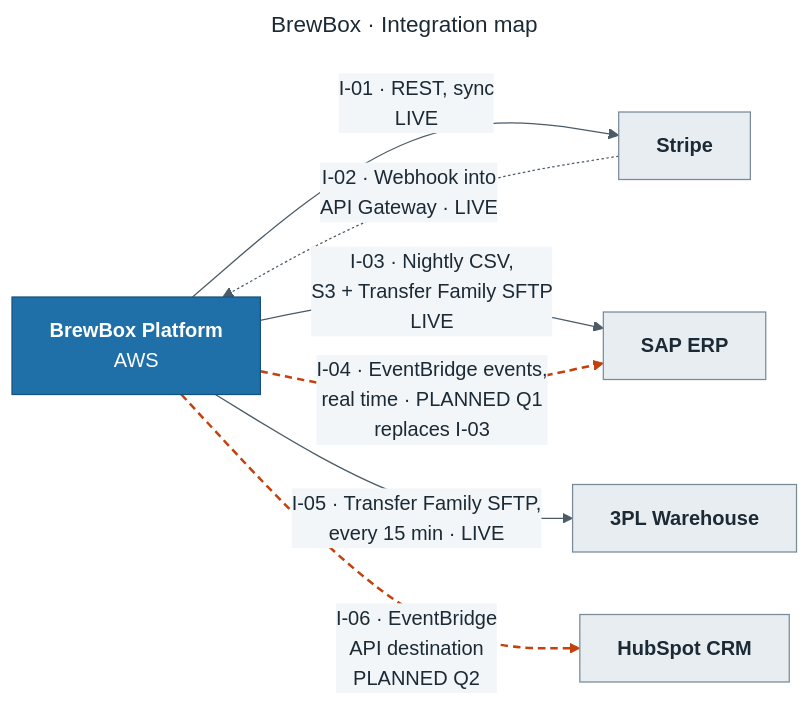
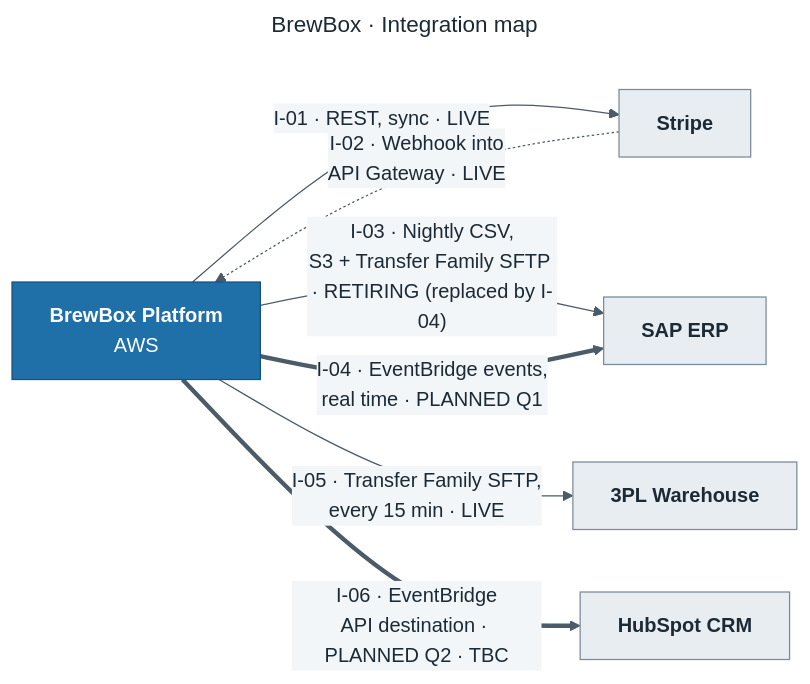
Before and after one commit to ihor-romanchuk/arch-diagram-kit: the diagram in examples/brewbox/diagrams/integration--brewbox.mmd, drawn with Mermaid. The commit also changed 23 other files, not shown here.

```diff
--- a/examples/brewbox/diagrams/integration--brewbox.mmd
+++ b/examples/brewbox/diagrams/integration--brewbox.mmd
@@ -1,41 +1,41 @@
 ---
 title: BrewBox · Integration map
 config:
   theme: base
   fontFamily: "Arial, Helvetica, sans-serif"
   themeVariables:
     fontFamily: "Arial, Helvetica, sans-serif"
     primaryColor: "#EAF2F9"
     primaryBorderColor: "#1F6FA8"
     primaryTextColor: "#1C2A35"
     lineColor: "#4B5B68"
     secondaryColor: "#F3F6F8"
     tertiaryColor: "#FFFFFF"
 ---
 %% id: INT-01
 %% type: integration-map
 %% audience: business+tech
 %% status: In review
 %% owner: Solutions architect
 %% approved-by: 
 %% last-verified: 2026-11-04
+%% note Q2 I-06 [to confirm]: The CRM link waits for the marketing team to choose the events.
 %% notes: Which systems are connected, how, and what is live or planned?
 flowchart LR
   shop["<b>BrewBox Platform</b><br/>AWS"]:::internal
   stripe["<b>Stripe</b>"]:::external
   sap["<b>SAP ERP</b>"]:::external
   wms["<b>3PL Warehouse</b>"]:::external
   crm["<b>HubSpot CRM</b>"]:::external
-  shop -- "I-01 · REST, sync<br/>LIVE" --> stripe
+  shop -- "I-01 · REST, sync · LIVE" --> stripe
   stripe -. "I-02 · Webhook into<br/>API Gateway · LIVE" .-> shop
-  shop -- "I-03 · Nightly CSV,<br/>S3 + Transfer Family SFTP<br/>LIVE" --> sap
-  shop == "I-04 · EventBridge events,<br/>real time · PLANNED Q1<br/>replaces I-03" ==> sap
+  shop -- "I-03 · Nightly CSV,<br/>S3 + Transfer Family SFTP · RETIRING (replaced by I-04)" --> sap
+  shop == "I-04 · EventBridge events,<br/>real time · PLANNED Q1" ==> sap
   shop -- "I-05 · Transfer Family SFTP,<br/>every 15 min · LIVE" --> wms
-  shop == "I-06 · EventBridge<br/>API destination<br/>PLANNED Q2" ==> crm
-  linkStyle 3,5 stroke:#C2410C,stroke-width:2px,stroke-dasharray:6 4
+  shop == "I-06 · EventBridge<br/>API destination · PLANNED Q2 · TBC" ==> crm
   classDef person fill:#0B3D5C,stroke:#0B3D5C,color:#ffffff
   classDef internal fill:#1F6FA8,stroke:#15527D,color:#ffffff
   classDef managed fill:#FDF0DC,stroke:#D98200,stroke-width:1.5px,color:#3D2600
   classDef external fill:#E8EDF1,stroke:#7A8A97,color:#1C2A35
   classDef store fill:#DDEFE6,stroke:#3C8D6B,color:#12352A
   classDef planned fill:#FFFFFF,stroke:#C2410C,stroke-width:2px,stroke-dasharray:6 4,color:#7C2D12
```
